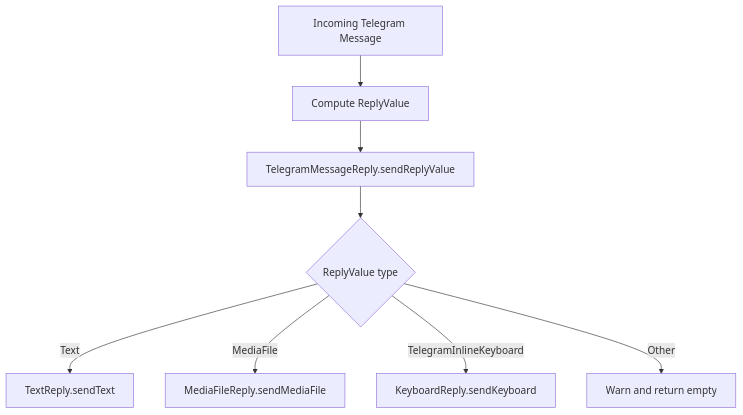
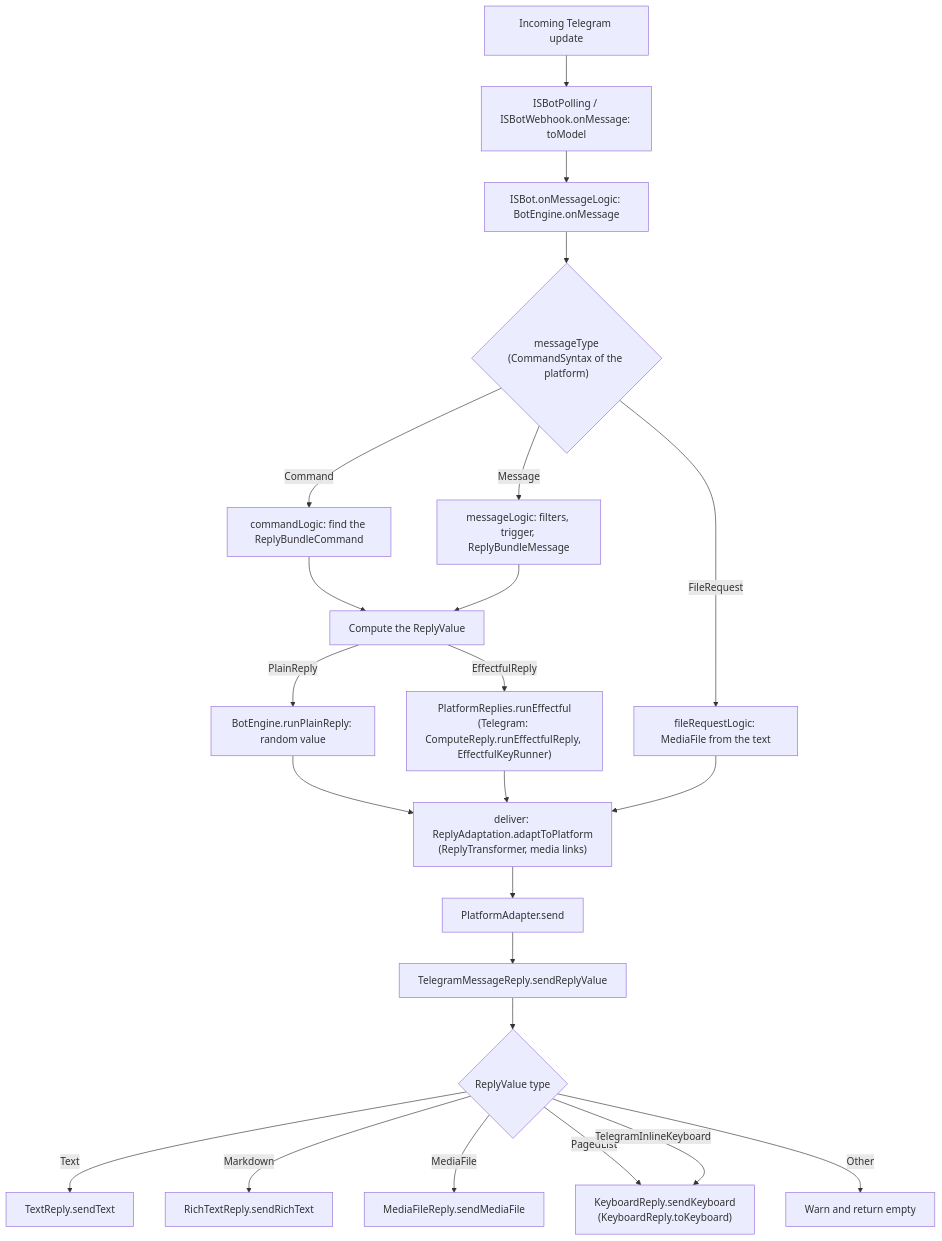
Before and after one commit to benkio/sBots: the second of 6 diagrams in docs/bot-logic-overview.md, drawn with Mermaid. The commit also changed other lines of this file and 4 other files, not shown here.

First line of the commit message:
Docs refresh for the platform architecture

````diff
--- a/docs/bot-logic-overview.md
+++ b/docs/bot-logic-overview.md
@@ -42,11 +62,28 @@
 ```mermaid
 flowchart TD
-  A["Incoming Telegram Message"] --> B["Compute ReplyValue"]
-  B --> C["TelegramMessageReply.sendReplyValue"]
+  A["Incoming Telegram update"] --> B["ISBotPolling / ISBotWebhook.onMessage: toModel"]
+  B --> C["ISBot.onMessageLogic: BotEngine.onMessage"]
+  C --> D{"messageType<br/>(CommandSyntax of the platform)"}
+  D -->|Command| E["commandLogic: find the ReplyBundleCommand"]
+  D -->|FileRequest| F["fileRequestLogic: MediaFile from the text"]
+  D -->|Message| G["messageLogic: filters, trigger, ReplyBundleMessage"]
 
-  C --> D{ReplyValue type}
-  D -->|Text| E["TextReply.sendText"]
-  D -->|MediaFile| F["MediaFileReply.sendMediaFile"]
-  D -->|TelegramInlineKeyboard| G["KeyboardReply.sendKeyboard"]
-  D -->|Other| H["Warn and return empty"]
+  E --> H["Compute the ReplyValue"]
+  G --> H
+  H -->|PlainReply| H1["BotEngine.runPlainReply: random value"]
+  H -->|EffectfulReply| H2["PlatformReplies.runEffectful<br/>(Telegram: ComputeReply.runEffectfulReply, EffectfulKeyRunner)"]
+
+  H1 --> I["deliver: ReplyAdaptation.adaptToPlatform<br/>(ReplyTransformer, media links)"]
+  H2 --> I
+  F --> I
+  I --> J["PlatformAdapter.send"]
+  J --> K["TelegramMessageReply.sendReplyValue"]
+
+  K --> L{ReplyValue type}
+  L -->|Text| M["TextReply.sendText"]
+  L -->|Markdown| N["RichTextReply.sendRichText"]
+  L -->|MediaFile| O["MediaFileReply.sendMediaFile"]
+  L -->|PagedList| P["KeyboardReply.sendKeyboard<br/>(KeyboardReply.toKeyboard)"]
+  L -->|TelegramInlineKeyboard| P
+  L -->|Other| Q["Warn and return empty"]
 ```
````
